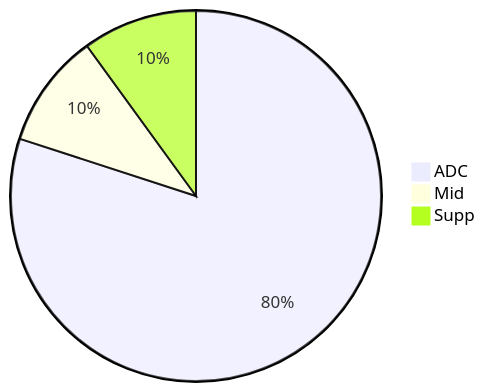
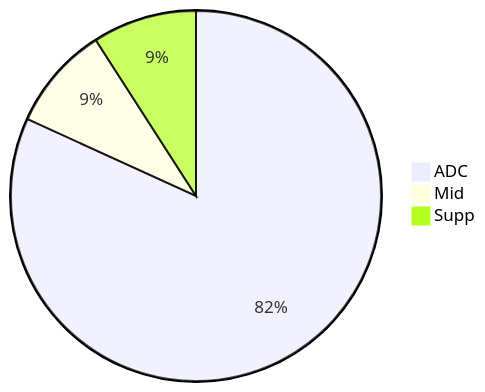
Before and after one commit to flowinho/zensical-website: the first of 5 diagrams in docs/gaming/wild-rift.md, drawn with Mermaid. The commit also changed other lines of this file, not shown here.

````diff
--- a/docs/gaming/wild-rift.md
+++ b/docs/gaming/wild-rift.md
@@ -56,6 +56,6 @@
 ```mermaid
 pie 
-    "ADC" : 8
+    "ADC" : 9
     "Mid" : 1
     "Supp" : 1
 ```
````
